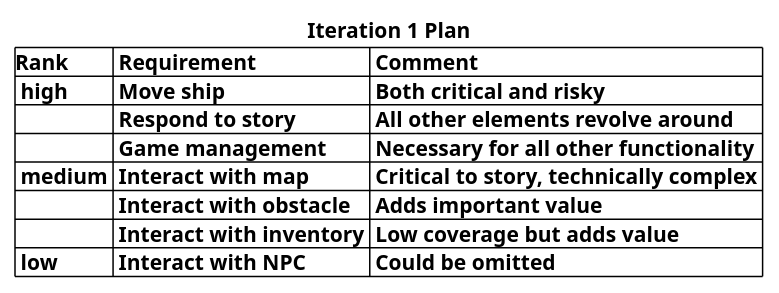
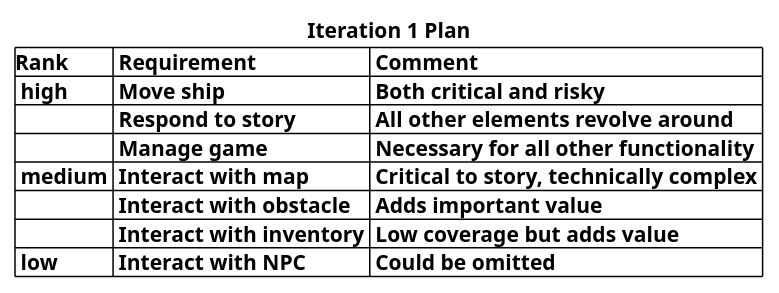
One commit to emutchek/MaraudersAtSea changed the diagram in CMPU_203_PirateGame/doc/iteration-plan.md. Above: the diagram before and after it, drawn with PlantUML. The commit also changed 1 other file, not shown here.

````diff
--- a/CMPU_203_PirateGame/doc/iteration-plan.md
+++ b/CMPU_203_PirateGame/doc/iteration-plan.md
@@ -1,15 +1,15 @@
 ```PlantUML
 @startuml
 title
 Iteration 1 Plan
 |Rank | Requirement | Comment |
 | high | Move ship | Both critical and risky |
 |  | Respond to story | All other elements revolve around |
-|  | Game management | Necessary for all other functionality |
+|  | Manage game | Necessary for all other functionality |
 | medium | Interact with map | Critical to story, technically complex |
 |  | Interact with obstacle | Adds important value |
 |  | Interact with inventory | Low coverage but adds value |
 | low | Interact with NPC | Could be omitted |
 end title
 @enduml
 ```
````
